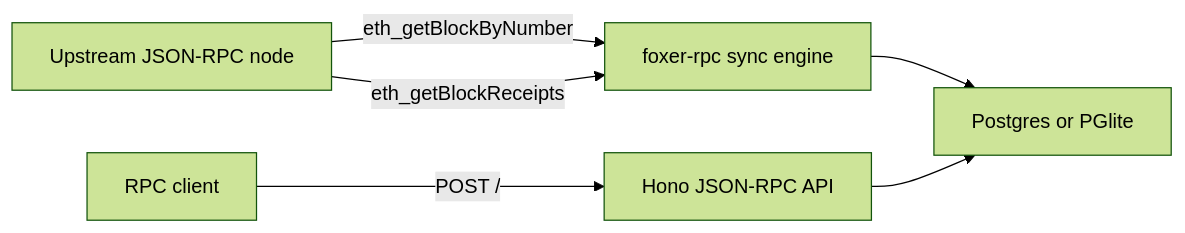
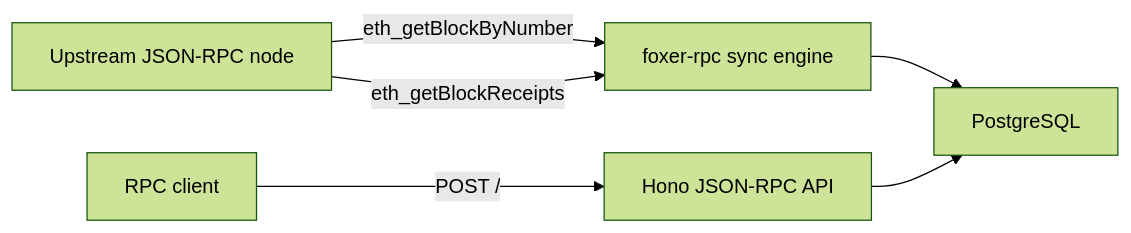
Before and after one commit to hugomrdias/foxer: the diagram in packages/foxer-rpc/README.md, drawn with Mermaid (forest theme). The commit also changed other lines of this file and 17 other files, not shown here.

````diff
--- a/packages/foxer-rpc/README.md
+++ b/packages/foxer-rpc/README.md
@@ -26,14 +26,14 @@
 ```mermaid
 flowchart LR
   upstream["Upstream JSON-RPC node"]
   sync["foxer-rpc sync engine"]
-  db["Postgres or PGlite"]
+  db["PostgreSQL"]
   api["Hono JSON-RPC API"]
   client["RPC client"]
 
   upstream -->|"eth_getBlockByNumber"| sync
   upstream -->|"eth_getBlockReceipts"| sync
   sync --> db
   client -->|"POST /"| api
   api --> db
 ```
````
